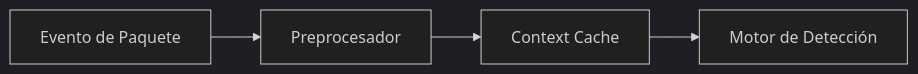
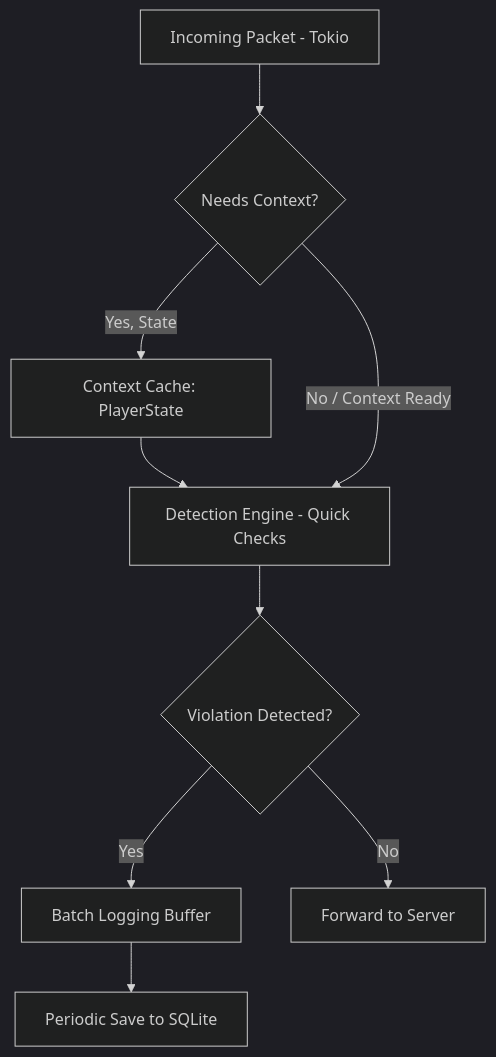
One commit to CompileRider/RustGuard changed the diagram in docs/06-Development/Performance.md. Above: the diagram before and after it, drawn with Mermaid (dark theme). The commit also changed other lines of this file and 16 other files, not shown here.

````diff
--- a/docs/06-Development/Performance.md
+++ b/docs/06-Development/Performance.md
@@ -13,6 +20,11 @@
 ```mermaid
-graph LR
-    A[Evento de Paquete] --> B[Preprocesador]
-    B --> C[Context Cache]
-    C --> D[Motor de Detección]
+graph TD
+A[Incoming Packet - Tokio] --> B{Needs Context?}
+B -- Yes, State --> C[Context Cache: PlayerState]
+C --> D[Detection Engine - Quick Checks]
+B -- No / Context Ready --> D
+D --> E{Violation Detected?}
+E -- Yes --> F[Batch Logging Buffer]
+E -- No --> G[Forward to Server]
+F --> H[Periodic Save to SQLite]
 ```
````
